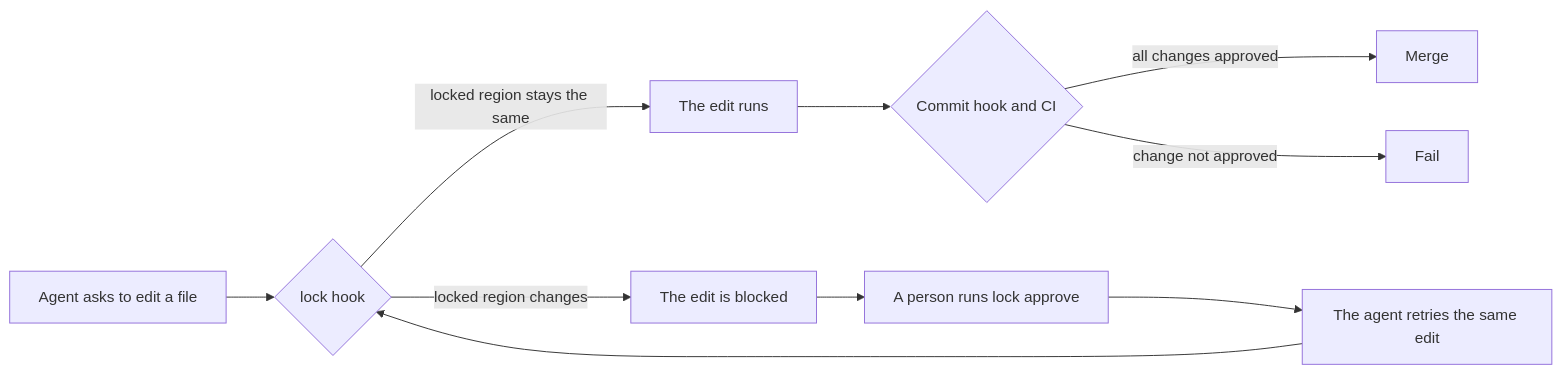
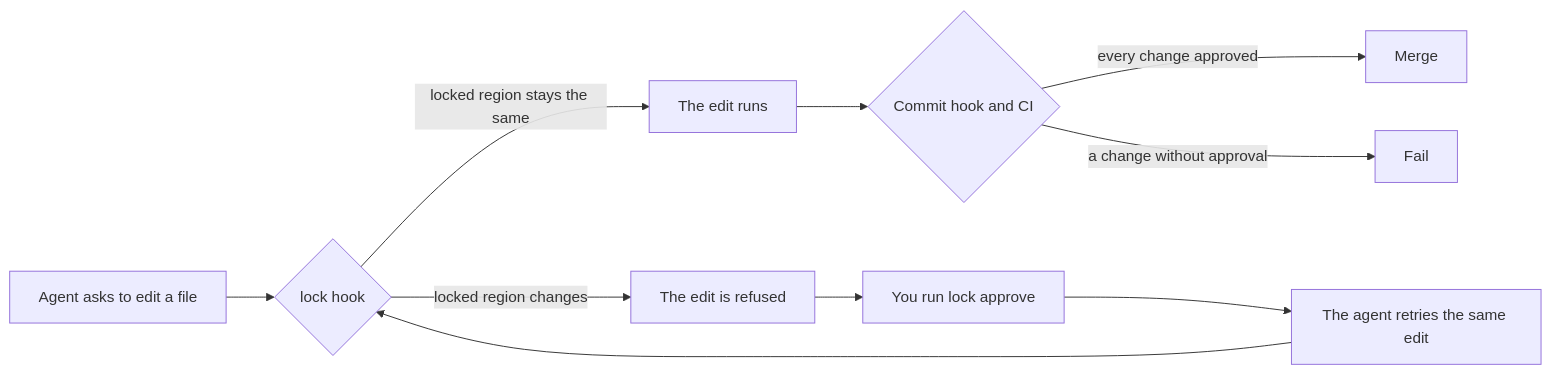
Before and after one commit to dariodaddamio/lock: the diagram in README.md, drawn with Mermaid. The commit also changed other lines of this file and 4 other files, not shown here.

````diff
--- a/README.md
+++ b/README.md
@@ -46,12 +180,12 @@
 ```mermaid
 flowchart LR
     A[Agent asks to edit a file] --> H{lock hook}
     H -- locked region stays the same --> W[The edit runs]
-    H -- locked region changes --> D[The edit is blocked]
-    D --> P[A person runs lock approve]
+    H -- locked region changes --> D[The edit is refused]
+    D --> P[You run lock approve]
     P --> R[The agent retries the same edit]
     R --> H
     W --> C{Commit hook and CI}
-    C -- all changes approved --> M[Merge]
-    C -- change not approved --> F[Fail]
+    C -- every change approved --> M[Merge]
+    C -- a change without approval --> F[Fail]
 ```
````
